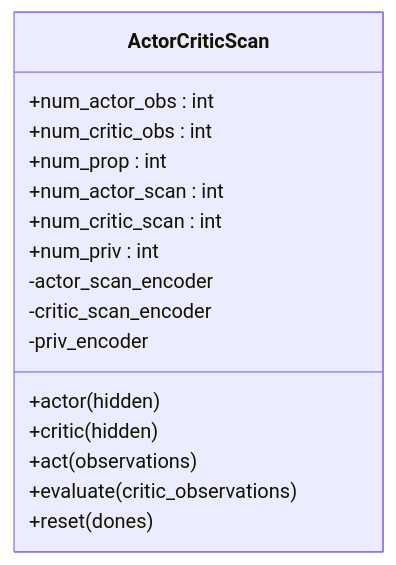
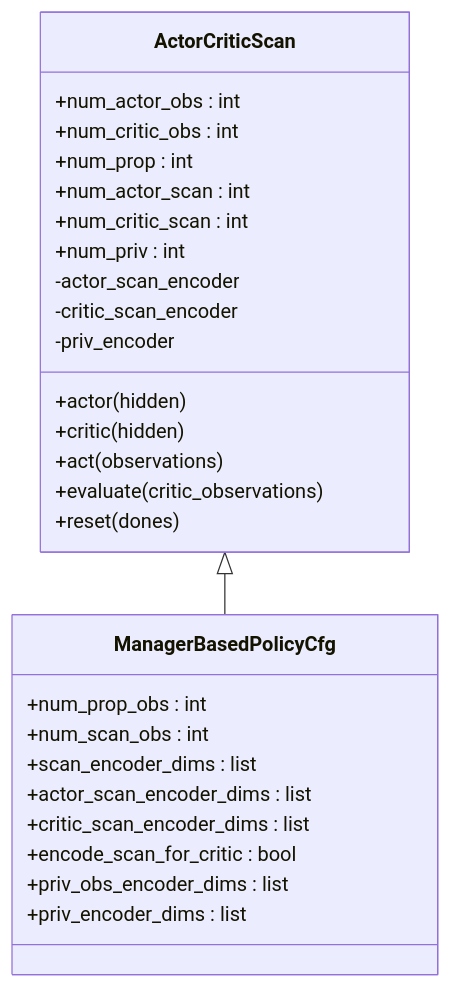
Before and after one commit to jayjayhust/extreme-quadruped-parkour: the seventh of 9 diagrams in .qoder/repowiki/en/content/Go2 Environment System/Go2 Environment System.md, drawn with Mermaid. The commit also changed other lines of this file and 444 other files, not shown here.

````diff
--- a/.qoder/repowiki/en/content/Go2 Environment System/Go2 Environment System.md
+++ b/.qoder/repowiki/en/content/Go2 Environment System/Go2 Environment System.md
@@ -308,19 +448,30 @@
 ```mermaid
 classDiagram
 class ActorCriticScan {
 +num_actor_obs : int
 +num_critic_obs : int
 +num_prop : int
 +num_actor_scan : int
 +num_critic_scan : int
 +num_priv : int
 -actor_scan_encoder
 -critic_scan_encoder
 -priv_encoder
 +actor(hidden)
 +critic(hidden)
 +act(observations)
 +evaluate(critic_observations)
 +reset(dones)
 }
+class ManagerBasedPolicyCfg {
++num_prop_obs : int
++num_scan_obs : int
++scan_encoder_dims : list
++actor_scan_encoder_dims : list
++critic_scan_encoder_dims : list
++encode_scan_for_critic : bool
++priv_obs_encoder_dims : list
++priv_encoder_dims : list
+}
+ActorCriticScan <|-- ManagerBasedPolicyCfg
 ```
````
